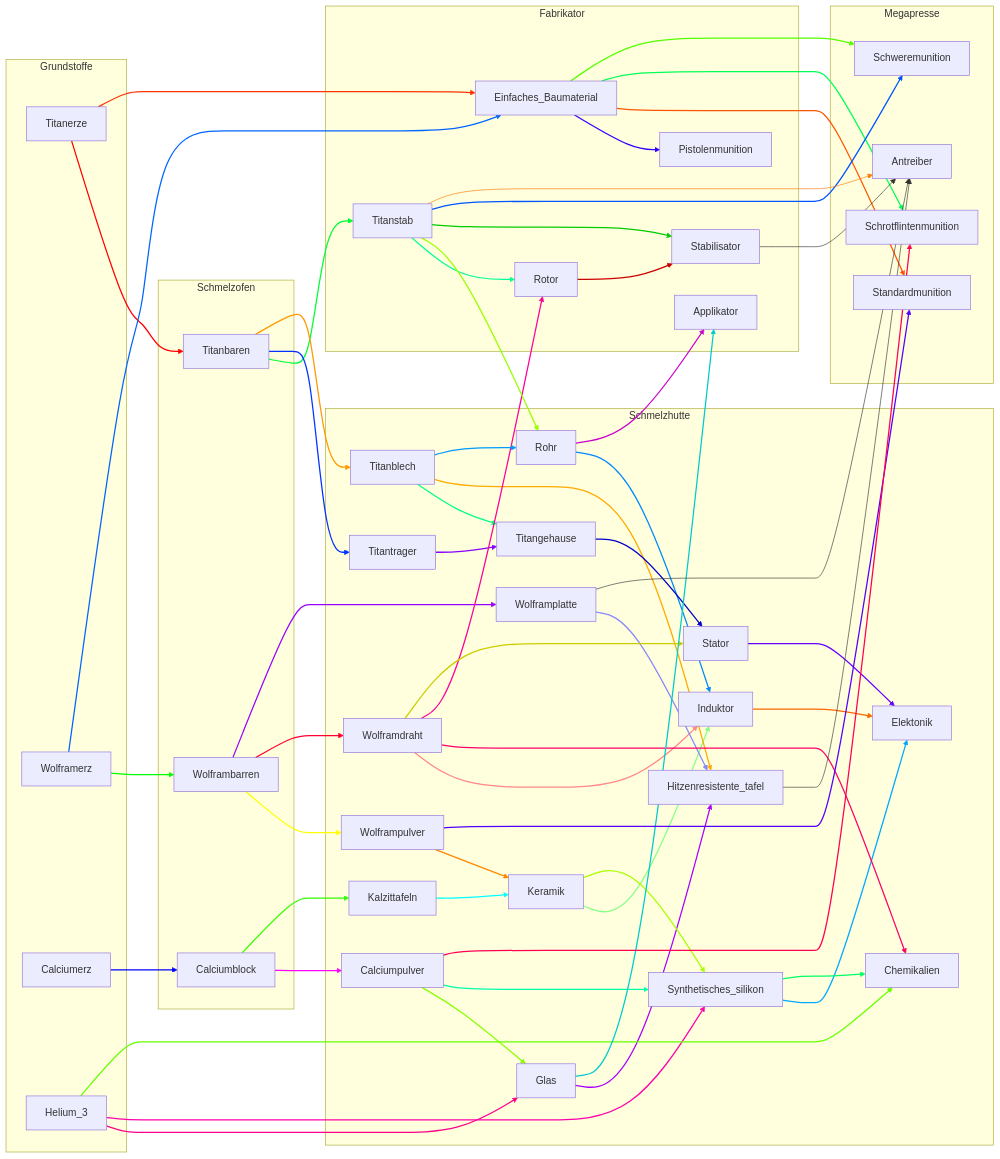
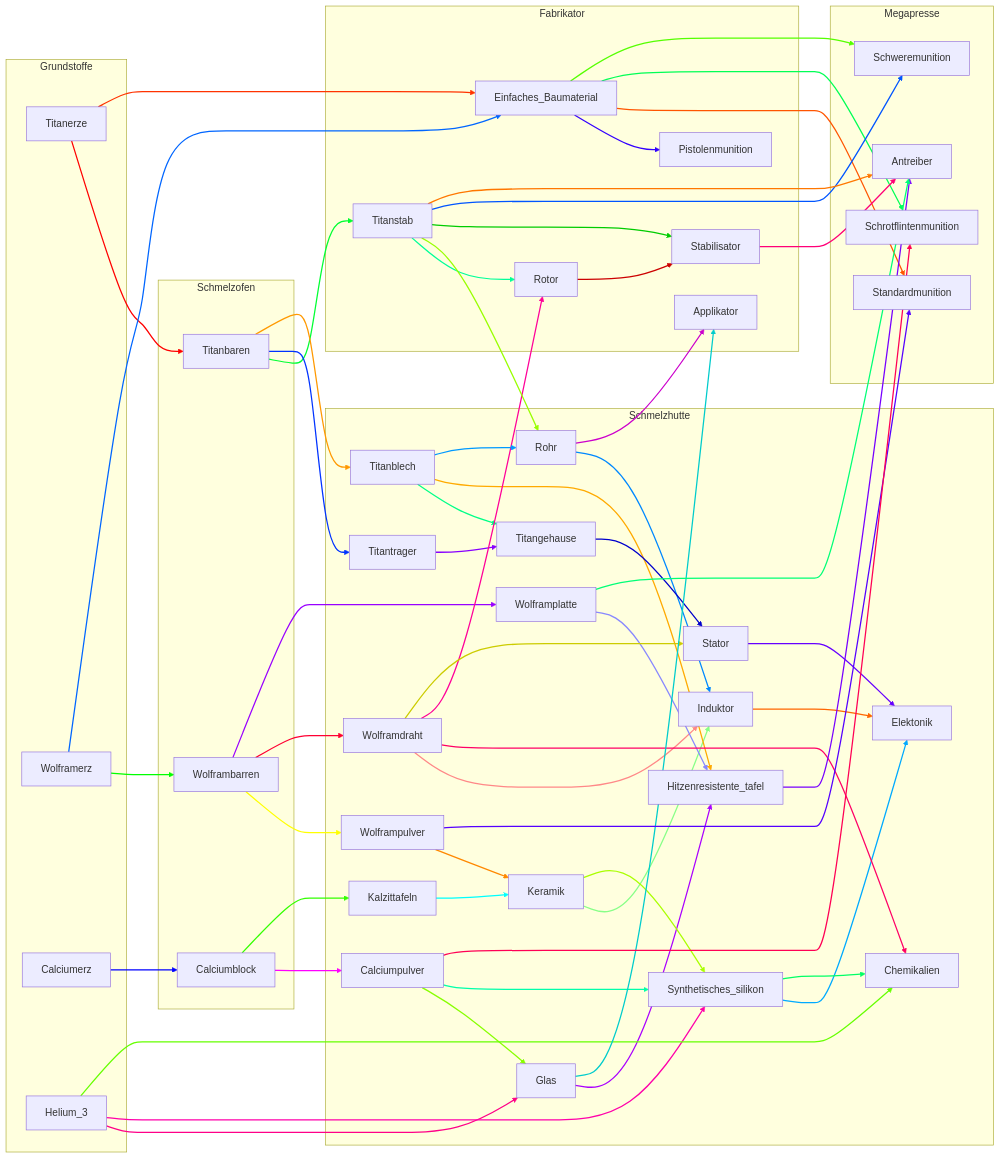
Before and after one commit to andrevdl/StarRuptere: the diagram in tree.md, drawn with Mermaid.

Commit message:
add missing colors

````diff
--- a/tree.md
+++ b/tree.md
@@ -126,6 +126,9 @@
 linkStyle 48 stroke:#ff0055,stroke-width:2px
 linkStyle 49 stroke:#55ff00,stroke-width:2px
 linkStyle 50 stroke:#0055ff,stroke-width:2px
-linkStyle 51 stroke:#ff7700
+linkStyle 51 stroke:#ff7700,stroke-width:2px
+linkStyle 52 stroke:#7700ff,stroke-width:2px
+linkStyle 53 stroke:#00ff77,stroke-width:2px
+linkStyle 54 stroke:#ff0077,stroke-width:2px
 
 ```
````
